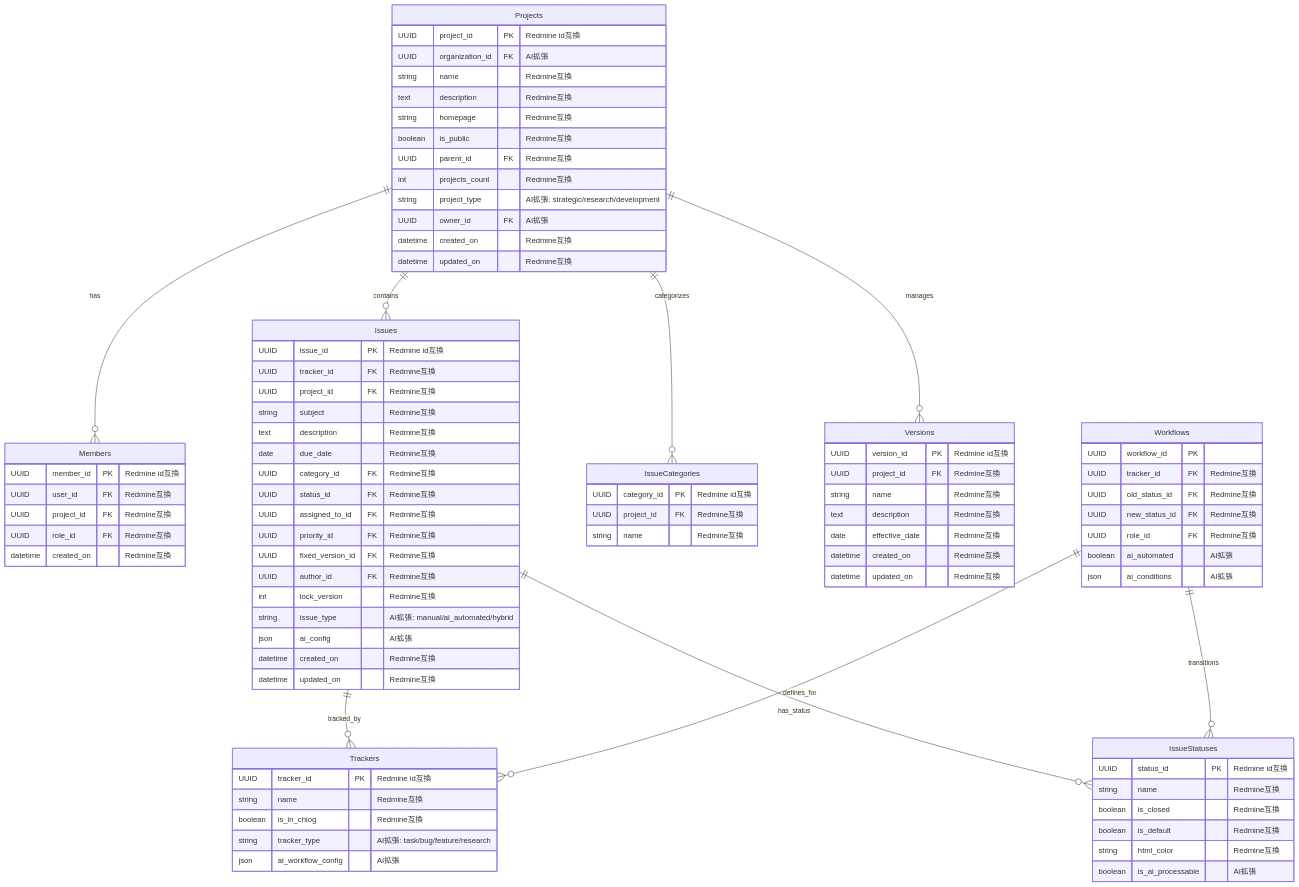
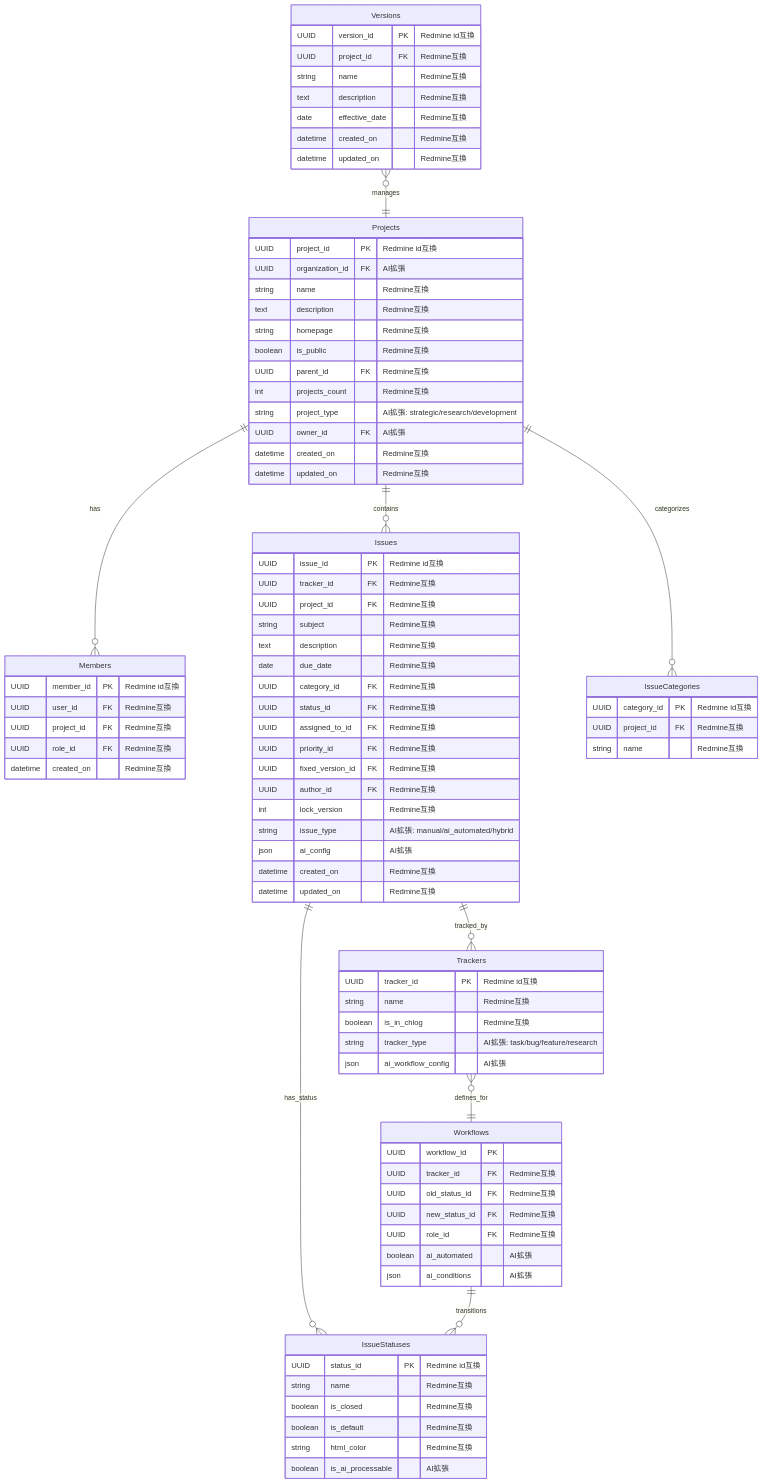
The second of 10 diagrams in docs/030000_設計/035000_データ設計/035010_ER図.md (daichiTAAA/AgentOpsPlatform), drawn with Mermaid before and after one commit.

Commit message:
設計書を作成した

````diff
--- a/docs/030000_設計/035000_データ設計/035010_ER図.md
+++ b/docs/030000_設計/035000_データ設計/035010_ER図.md
@@ -257,12 +257,12 @@
         json ai_conditions "AI拡張"
     }
     
+    Versions }o--|| Projects : manages
     Projects ||--o{ Members : has
     Projects ||--o{ Issues : contains
     Projects ||--o{ IssueCategories : categorizes
-    Projects ||--o{ Versions : manages
     Issues ||--o{ Trackers : tracked_by
     Issues ||--o{ IssueStatuses : has_status
-    Workflows ||--o{ Trackers : defines_for
+    Trackers }o--|| Workflows : defines_for
     Workflows ||--o{ IssueStatuses : transitions
 ```
````
